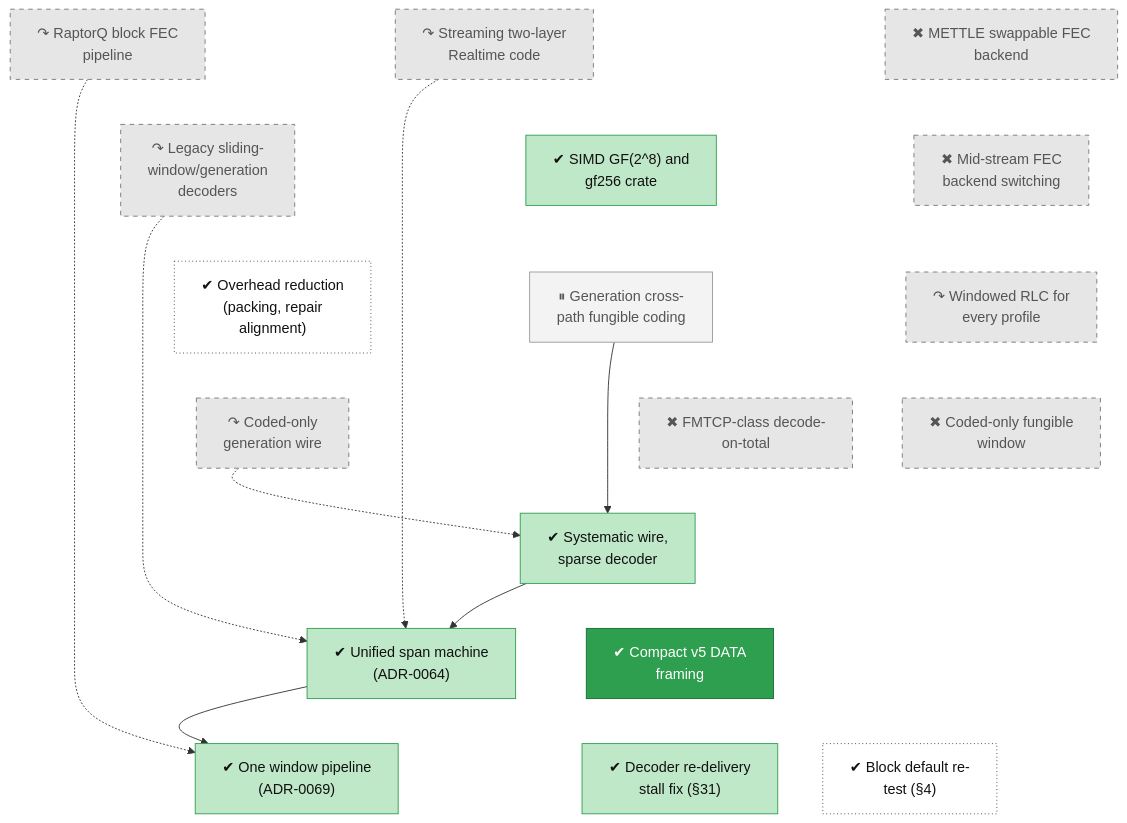
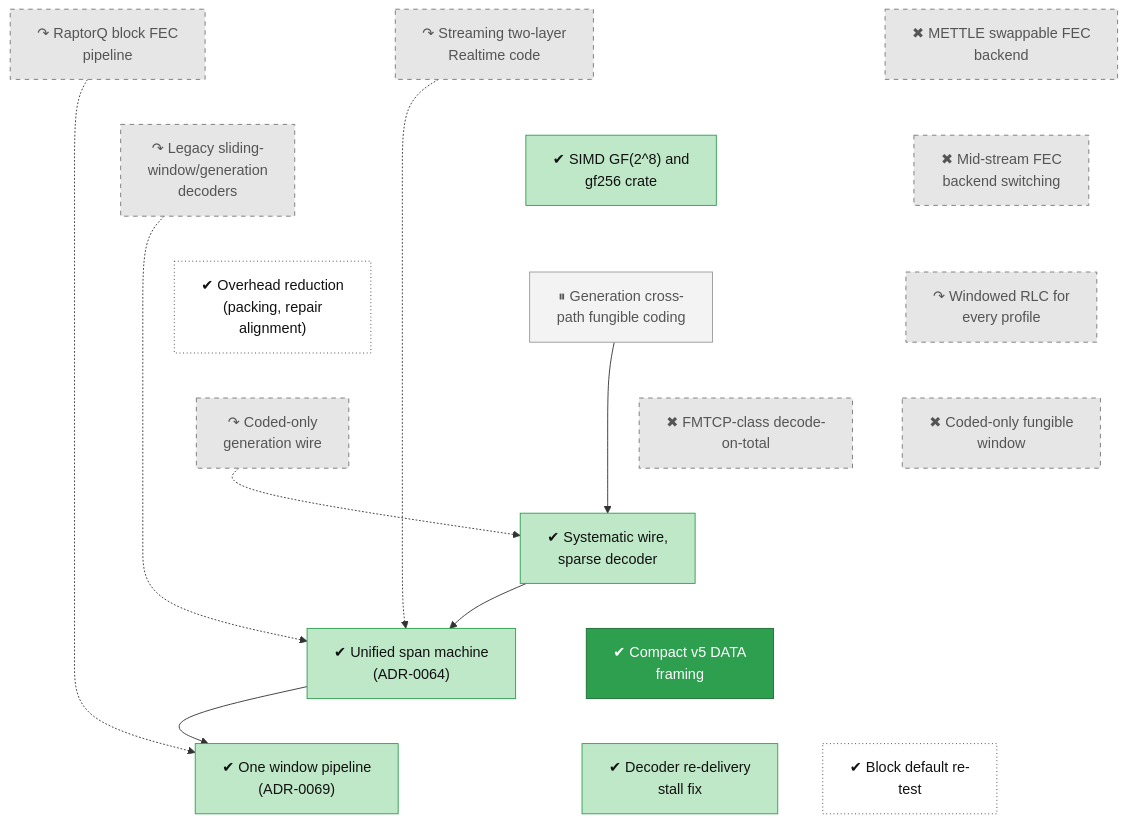
The diagram in docs/roadmap/tracks/cod.md (lhns/raptorpath), drawn with Mermaid before and after one commit. The commit also changed other lines of this file and 12 other files, not shown here.

First line of the commit message:
roadmap: plain titles - no section numbers or internal codenames (block E, F2, s62, 61a) in titles or plain sentences

````diff
--- a/docs/roadmap/tracks/cod.md
+++ b/docs/roadmap/tracks/cod.md
@@ -10,63 +10,63 @@
 ```mermaid
 flowchart TB
     cod_block_pipeline["↷ RaptorQ block FEC<br/>pipeline"]
     cod_mettle["✖ METTLE swappable FEC<br/>backend"]
     cod_streaming_code["↷ Streaming two-layer<br/>Realtime code"]
     cod_legacy_rlc["↷ Legacy sliding-<br/>window/generation<br/>decoders"]
     cod_backend_switch["✖ Mid-stream FEC<br/>backend switching"]
     cod_gf256_simd["✔ SIMD GF(2^8) and<br/>gf256 crate"]
     cod_overhead_reduction["✔ Overhead reduction<br/>(packing, repair<br/>alignment)"]
     cod_rlc_all_profiles["↷ Windowed RLC for<br/>every profile"]
     cod_generation_coding["⏸ Generation cross-<br/>path fungible coding"]
     cod_coded_only_wire["↷ Coded-only<br/>generation wire"]
     cod_fungible_window["✖ Coded-only fungible<br/>window"]
     cod_fmtcp["✖ FMTCP-class decode-<br/>on-total"]
     cod_systematic_wire["✔ Systematic wire,<br/>sparse decoder"]
     cod_unified_span["✔ Unified span machine<br/>(ADR-0064)"]
     cod_wire_compact["✔ Compact v5 DATA<br/>framing"]
     cod_one_pipeline["✔ One window pipeline<br/>(ADR-0069)"]
-    cod_s4_block_retest["✔ Block default re-<br/>test (#167;4)"]
-    cod_debug_stall["✔ Decoder re-delivery<br/>stall fix (#167;31)"]
+    cod_s4_block_retest["✔ Block default re-<br/>test"]
+    cod_debug_stall["✔ Decoder re-delivery<br/>stall fix"]
     cod_block_pipeline ~~~ cod_legacy_rlc
     cod_mettle ~~~ cod_backend_switch
     cod_streaming_code ~~~ cod_gf256_simd
     cod_legacy_rlc ~~~ cod_overhead_reduction
     cod_backend_switch ~~~ cod_rlc_all_profiles
     cod_gf256_simd ~~~ cod_generation_coding
     cod_overhead_reduction ~~~ cod_coded_only_wire
     cod_rlc_all_profiles ~~~ cod_fungible_window
     cod_generation_coding ~~~ cod_fmtcp
     cod_coded_only_wire ~~~ cod_systematic_wire
     cod_fungible_window ~~~ cod_systematic_wire
     cod_fmtcp ~~~ cod_systematic_wire
     cod_systematic_wire ~~~ cod_unified_span
     cod_systematic_wire ~~~ cod_wire_compact
     cod_unified_span ~~~ cod_one_pipeline
     cod_wire_compact ~~~ cod_s4_block_retest
     cod_wire_compact ~~~ cod_debug_stall
     cod_block_pipeline -.-> cod_one_pipeline
     cod_streaming_code -.-> cod_unified_span
     cod_legacy_rlc -.-> cod_unified_span
     cod_coded_only_wire -.-> cod_systematic_wire
     cod_generation_coding --> cod_systematic_wire
     cod_systematic_wire --> cod_unified_span
     cod_unified_span --> cod_one_pipeline
     classDef vsucc fill:#2e9e4f,stroke:#1b6b34,color:#fff
     classDef succ fill:#bfe8c8,stroke:#2e9e4f,color:#111
     classDef mixed fill:#ffd37a,stroke:#c98a00,color:#111
     classDef bad fill:#f28b82,stroke:#b3261e,color:#111
     classDef dead fill:#e6e6e6,stroke:#777,stroke-dasharray:5 5,color:#555
     classDef inprog fill:#a8cdf5,stroke:#1f6fc5,color:#111
     classDef next fill:#fff,stroke:#333,color:#111
     classDef blocked fill:#fff,stroke:#b3261e,stroke-dasharray:2 2,color:#111
     classDef parked fill:#f3f3f3,stroke:#999,color:#555
     classDef unrated fill:#fff,stroke:#333,stroke-dasharray:1 3,color:#111
     classDef userdec fill:#d9c2f0,stroke:#7b3fb5,color:#111
     classDef defect fill:#ffe0b2,stroke:#d84315,stroke-width:2px,color:#111
     classDef waiting fill:#e3f2fd,stroke:#1f6fc5,stroke-dasharray:5 5,color:#111
     class cod_block_pipeline,cod_mettle,cod_streaming_code,cod_legacy_rlc,cod_backend_switch,cod_rlc_all_profiles,cod_coded_only_wire,cod_fungible_window,cod_fmtcp dead
     class cod_gf256_simd,cod_systematic_wire,cod_unified_span,cod_one_pipeline,cod_debug_stall succ
     class cod_overhead_reduction,cod_s4_block_retest unrated
     class cod_generation_coding parked
     class cod_wire_compact vsucc
 ```
````
